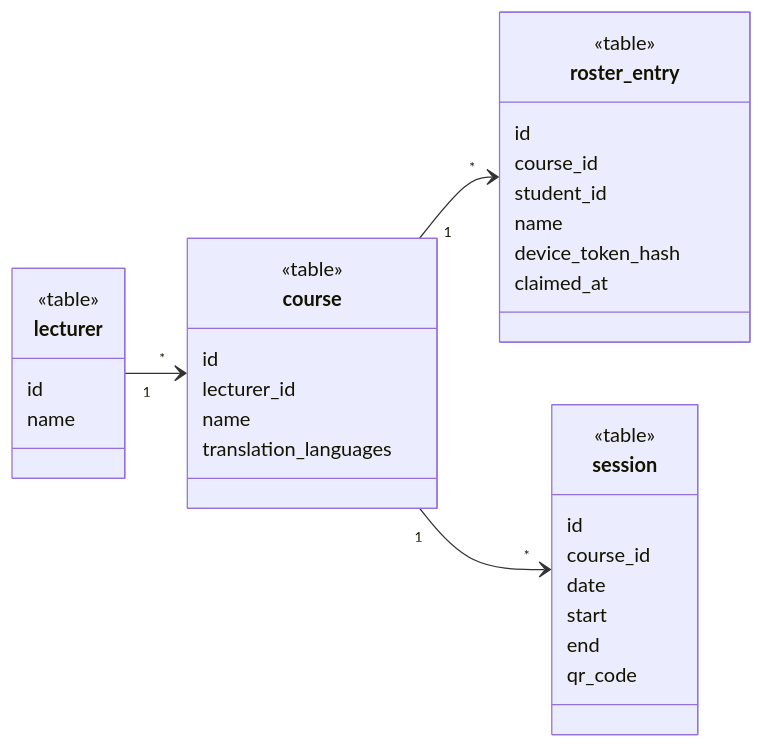
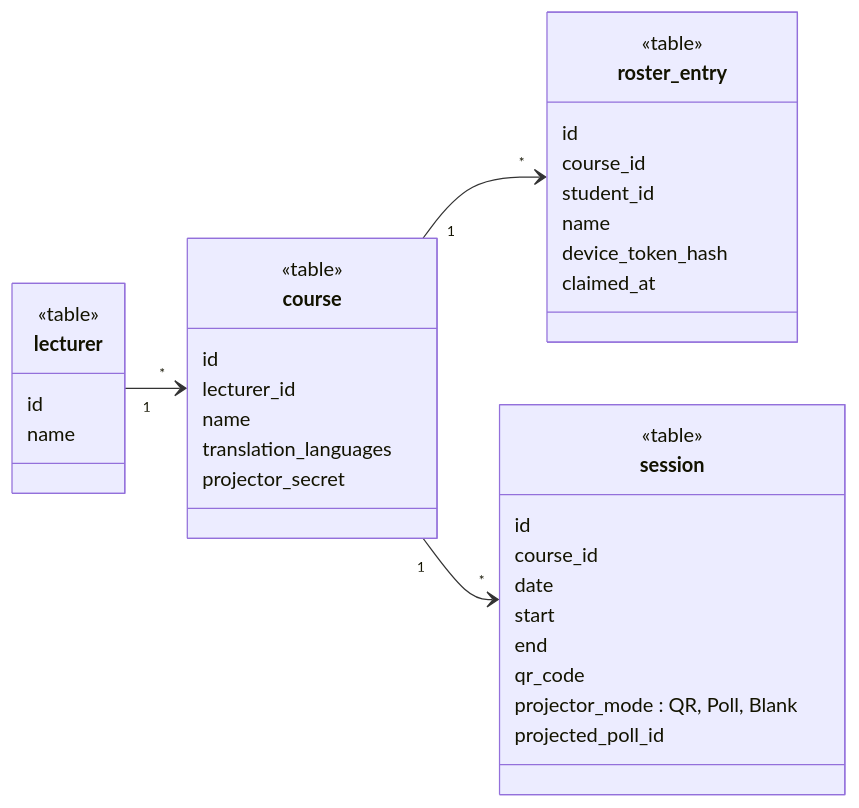
One commit to ofeq-dev/class-connect changed the second of 7 diagrams in docs/diagrams/class-diagram.md. Above: the diagram before and after it, drawn with Mermaid. The commit also changed other lines of this file and 64 other files, not shown here.

````diff
--- a/docs/diagrams/class-diagram.md
+++ b/docs/diagrams/class-diagram.md
@@ -166,37 +168,40 @@
 ```mermaid
 classDiagram
   direction LR
   class lecturer {
     <<table>>
     id
     name
   }
   class course {
     <<table>>
     id
     lecturer_id
     name
     translation_languages
+    projector_secret
   }
   class roster_entry {
     <<table>>
     id
     course_id
     student_id
     name
     device_token_hash
     claimed_at
   }
   class session {
     <<table>>
     id
     course_id
     date
     start
     end
     qr_code
+    projector_mode : QR, Poll, Blank
+    projected_poll_id
   }
   lecturer "1" --> "*" course
   course "1" --> "*" roster_entry
   course "1" --> "*" session
 ```
````
